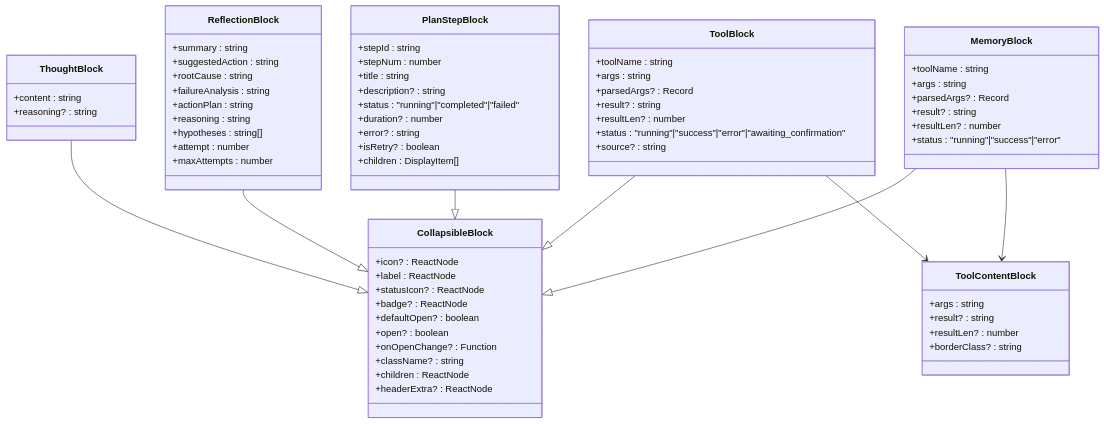
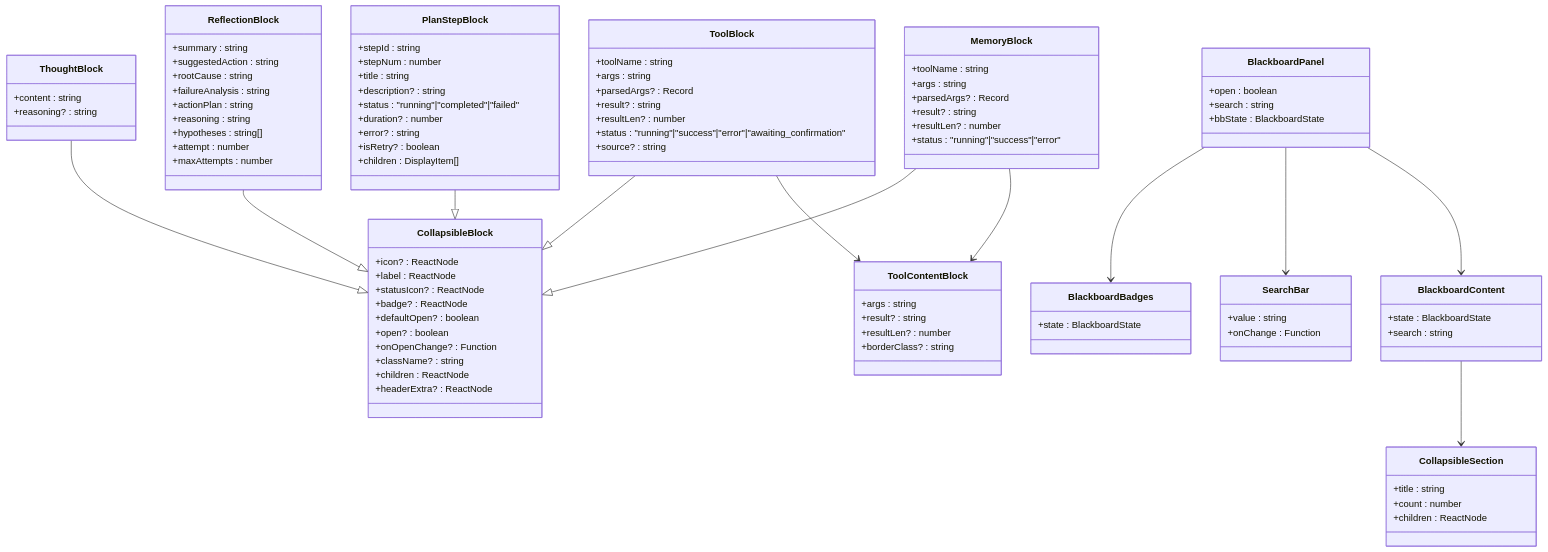
Diagram 15 of 16 in .qoder/repowiki/en/content/Frontend Application/UI Components/Chat Interface Components.md (v0lka/c0wrk), drawn with Mermaid before and after one commit. The commit also changed other lines of this file and 10 other files, not shown here.

````diff
--- a/.qoder/repowiki/en/content/Frontend Application/UI Components/Chat Interface Components.md
+++ b/.qoder/repowiki/en/content/Frontend Application/UI Components/Chat Interface Components.md
@@ -638,6 +725,27 @@
 +resultLen? : number
 +borderClass? : string
 }
+class BlackboardPanel {
++open : boolean
++search : string
++bbState : BlackboardState
+}
+class BlackboardBadges {
++state : BlackboardState
+}
+class SearchBar {
++value : string
++onChange : Function
+}
+class BlackboardContent {
++state : BlackboardState
++search : string
+}
+class CollapsibleSection {
++title : string
++count : number
++children : ReactNode
+}
 ThoughtBlock --|> CollapsibleBlock
 ReflectionBlock --|> CollapsibleBlock
 ToolBlock --|> CollapsibleBlock
@@ -645,4 +753,8 @@
 MemoryBlock --|> CollapsibleBlock
 ToolBlock --> ToolContentBlock
 MemoryBlock --> ToolContentBlock
+BlackboardPanel --> BlackboardBadges
+BlackboardPanel --> SearchBar
+BlackboardPanel --> BlackboardContent
+BlackboardContent --> CollapsibleSection
 ```
````
